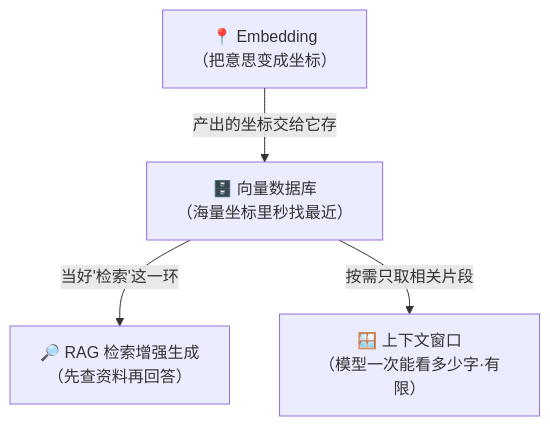
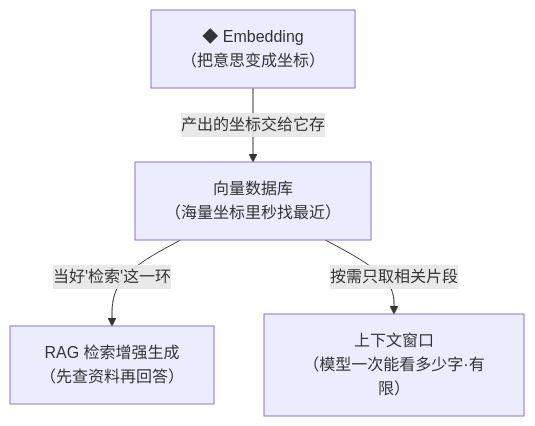
The seventh of 7 diagrams in docs/02_CONCEPTS_概念入门/CONCEPT/[CONCEPT-10] 什么是向量数据库.md (luckykhy/KhyAiHub), drawn with Mermaid before and after one commit. The commit also changed other lines of this file and 19 other files, not shown here.

````diff
--- a/docs/02_CONCEPTS_概念入门/CONCEPT/[CONCEPT-10] 什么是向量数据库.md
+++ b/docs/02_CONCEPTS_概念入门/CONCEPT/[CONCEPT-10] 什么是向量数据库.md
@@ -249,10 +249,10 @@
 ```mermaid
 flowchart TB
-  EMB["📍 Embedding<br/>（把意思变成坐标）"]
-  VDB["🗄️ 向量数据库<br/>（海量坐标里秒找最近）"]
-  RAG["🔎 RAG 检索增强生成<br/>（先查资料再回答）"]
-  CTX["🪟 上下文窗口<br/>（模型一次能看多少字·有限）"]
+  EMB["◆ Embedding<br/>（把意思变成坐标）"]
+  VDB["向量数据库<br/>（海量坐标里秒找最近）"]
+  RAG["RAG 检索增强生成<br/>（先查资料再回答）"]
+  CTX["上下文窗口<br/>（模型一次能看多少字·有限）"]
   EMB -- "产出的坐标交给它存" --> VDB
   VDB -- "当好'检索'这一环" --> RAG
   VDB -- "按需只取相关片段" --> CTX
 ```
````
